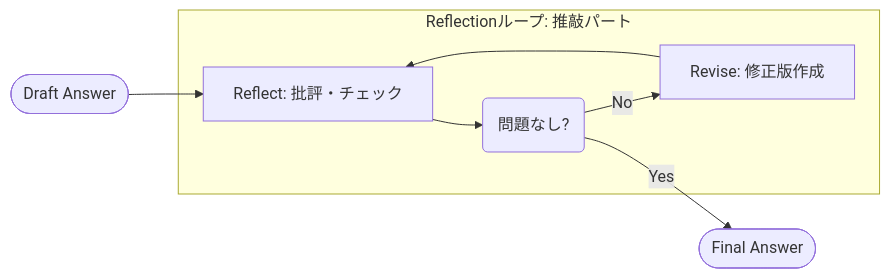
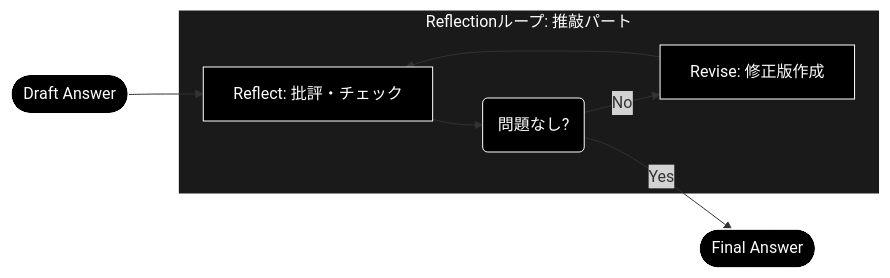
The fifth of 10 diagrams in readme_react_reflection.md (nakashima2toshio/anthropic_grace_agent), drawn with Mermaid before and after one commit. The commit also changed other lines of this file and 11 other files, not shown here.

````diff
--- a/readme_react_reflection.md
+++ b/readme_react_reflection.md
@@ -592,10 +611,14 @@
 ```mermaid
 flowchart LR
     R_Input([Draft Answer]) --> R_Reflect
     subgraph Reflection_Loop ["Reflectionループ: 推敲パート"]
         R_Reflect["Reflect: 批評・チェック"] --> R_Check("問題なし?")
         R_Check -- No --> R_Revise["Revise: 修正版作成"]
         R_Revise --> R_Reflect
     end
     R_Check -- Yes --> R_Output([Final Answer])
+classDef default fill:#000,stroke:#fff,color:#fff
+classDef subgraphStyle fill:#1a1a1a,stroke:#fff,color:#fff
+class R_Check,R_Input,R_Output,R_Reflect,R_Revise default
+style Reflection_Loop fill:#1a1a1a,stroke:#fff,color:#fff
 ```
````
